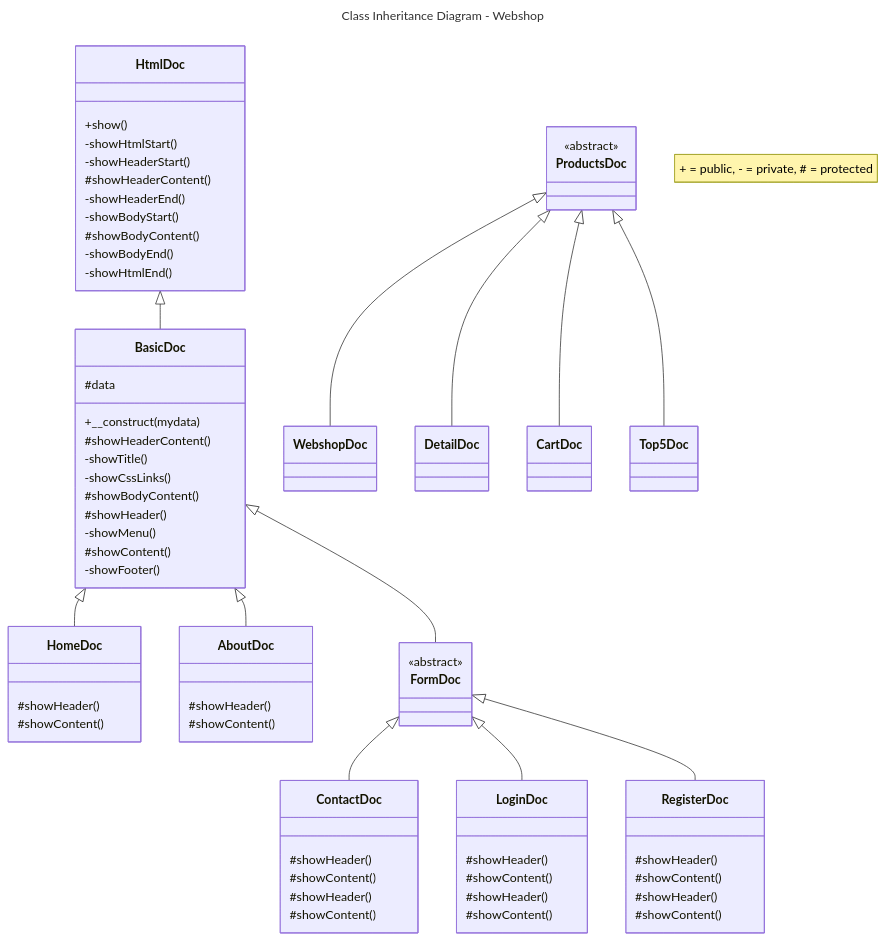
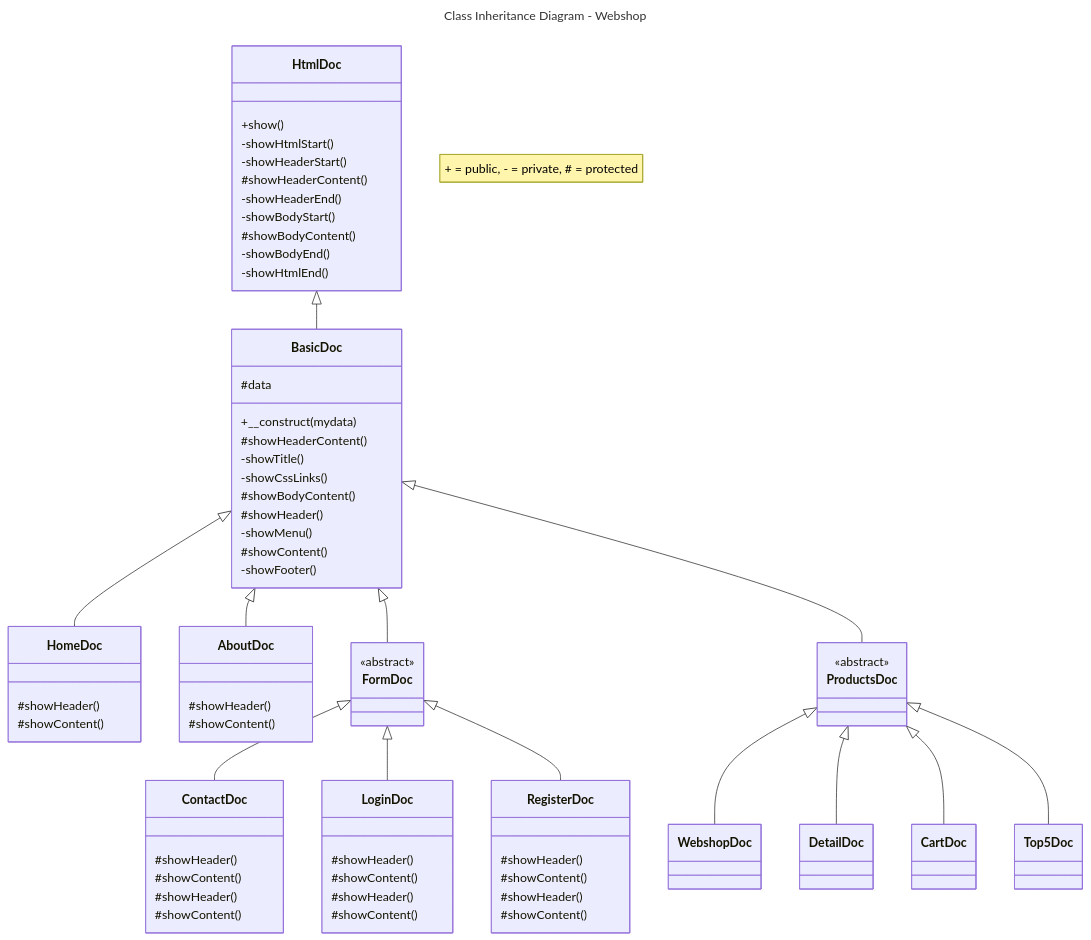
The diagram in Diagrams/class-inheritance-diagram-webshop.md (JeroenHeemskerk/educom-webshop-oop-1706014138), drawn with Mermaid before and after one commit.

```diff
--- a/Diagrams/class-inheritance-diagram-webshop.md
+++ b/Diagrams/class-inheritance-diagram-webshop.md
@@ -10,6 +10,7 @@
     BasicDoc <|-- HomeDoc
     BasicDoc <|-- AboutDoc
     BasicDoc <|-- FormDoc
+    BasicDoc <|-- ProductsDoc
 
     FormDoc <|-- ContactDoc
     FormDoc <|-- LoginDoc
```
